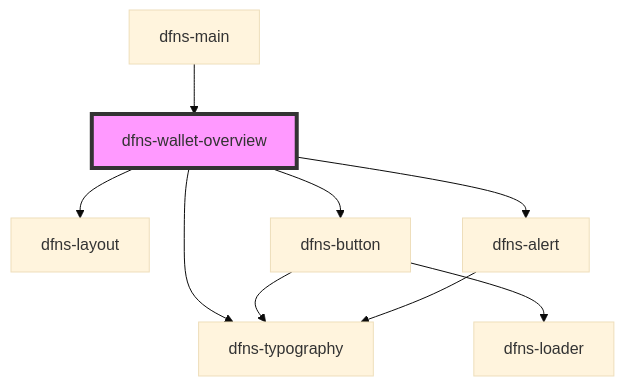
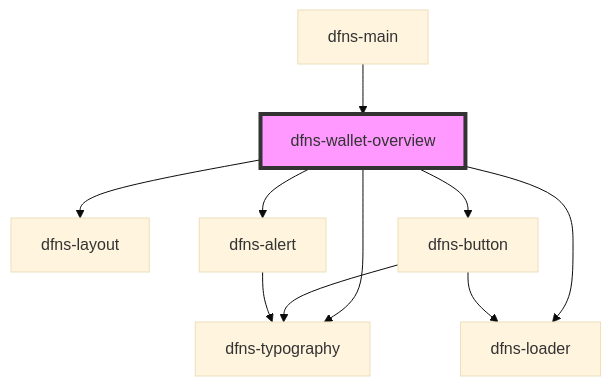
One commit to dfnsext/web-ui changed the diagram in src/components/Pages/dfns-wallet-overview/readme.md. Above: the diagram before and after it, drawn with Mermaid (base theme). The commit also changed other lines of this file and 94 other files, not shown here.

````diff
--- a/src/components/Pages/dfns-wallet-overview/readme.md
+++ b/src/components/Pages/dfns-wallet-overview/readme.md
@@ -29,12 +30,13 @@
 ```mermaid
 graph TD;
   dfns-wallet-overview --> dfns-layout
   dfns-wallet-overview --> dfns-typography
   dfns-wallet-overview --> dfns-button
+  dfns-wallet-overview --> dfns-loader
   dfns-wallet-overview --> dfns-alert
   dfns-button --> dfns-typography
   dfns-button --> dfns-loader
   dfns-alert --> dfns-typography
   dfns-main --> dfns-wallet-overview
   style dfns-wallet-overview fill:#f9f,stroke:#333,stroke-width:4px
 ```
````
